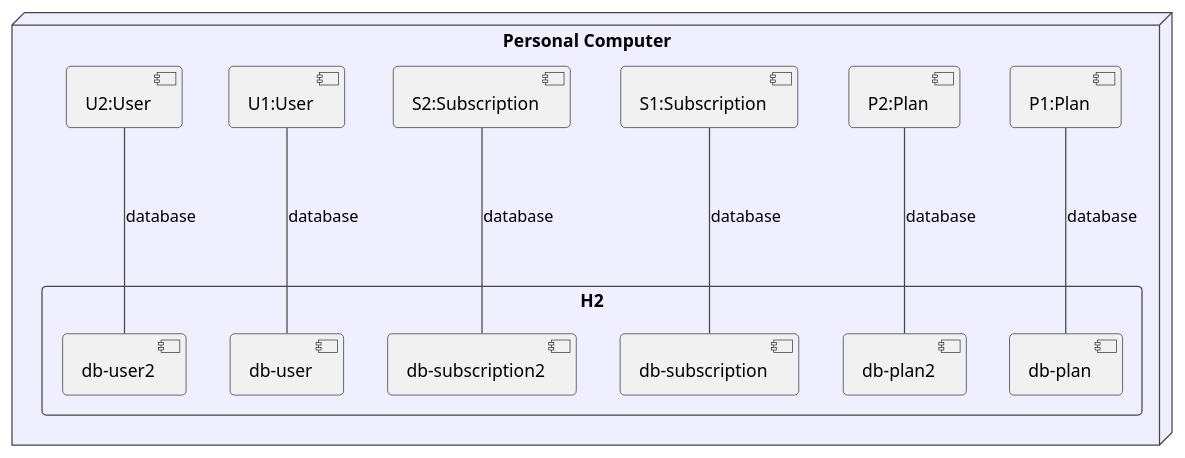
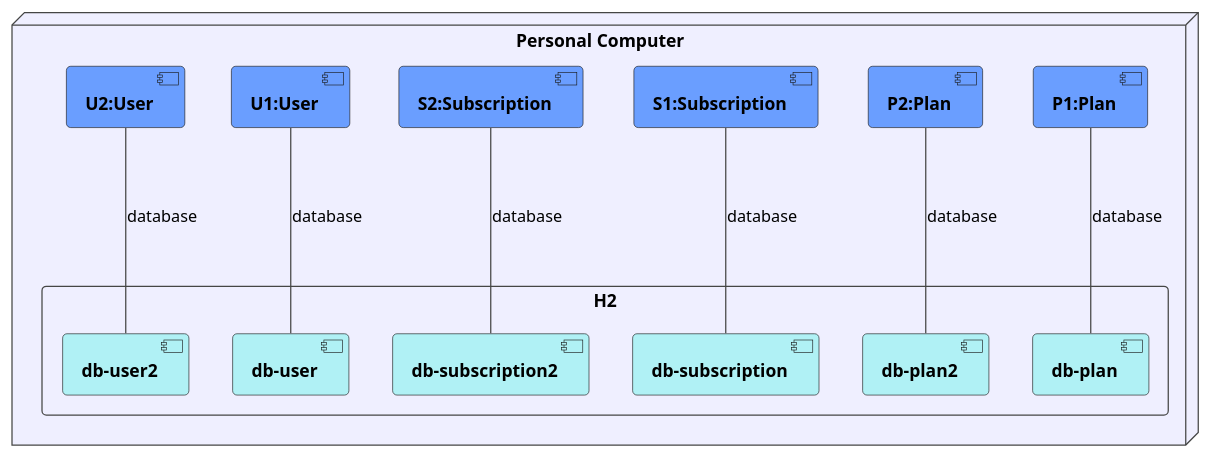
The diagram in protobuf-project/docs/DD.puml (tam65r/protobuf-in-REST-aplication), drawn with PlantUML before and after one commit. The commit also changed 8 other files, not shown here.

Commit message:
atualizaões de diagramas

```diff
--- a/protobuf-project/docs/DD.puml
+++ b/protobuf-project/docs/DD.puml
@@ -1,35 +1,38 @@
 @startuml
 'https://plantuml.com/deployment-diagram
 
 !theme toy
 
 skinparam backgroundColor Transparent
 skinparam nodeBackgroundColor MOTIVATION
+
+skinparam componentFontStyle bold
+
 node "Personal Computer" as sisdi {
-    component "P1:Plan" as p1
-    component "P2:Plan" as p2
-    component "S1:Subscription" as s1
-    component "S2:Subscription" as s2
-    component "U1:User" as u1
-    component "U2:User" as u2
+    component "P1:Plan" as p1 #6A9EFF
+    component "P2:Plan" as p2 #6A9EFF
+    component "S1:Subscription" as s1 #6A9EFF
+    component "S2:Subscription" as s2 #6A9EFF
+    component "U1:User" as u1 #6A9EFF
+    component "U2:User" as u2 #6A9EFF
 
     rectangle "H2" as h2  {
-        component "db-plan" as dbp
-        component "db-plan2" as dbp2
-        component "db-subscription" as dbs
-        component "db-subscription2" as dbs2
-        component "db-user" as dbu
-        component "db-user2" as dbu2
+        component "db-plan" as dbp #b0f1f5
+        component "db-plan2" as dbp2 #b0f1f5
+        component "db-subscription" as dbs #b0f1f5
+        component "db-subscription2" as dbs2 #b0f1f5
+        component "db-user" as dbu #b0f1f5
+        component "db-user2" as dbu2 #b0f1f5
     }
 }
 
 
 
 p1 --- dbp : database
 p2 --- dbp2: database
 s1 --- dbs: database
 s2 --- dbs2: database
 u1 --- dbu: database
 u2 --- dbu2: database
 
 @enduml
```
